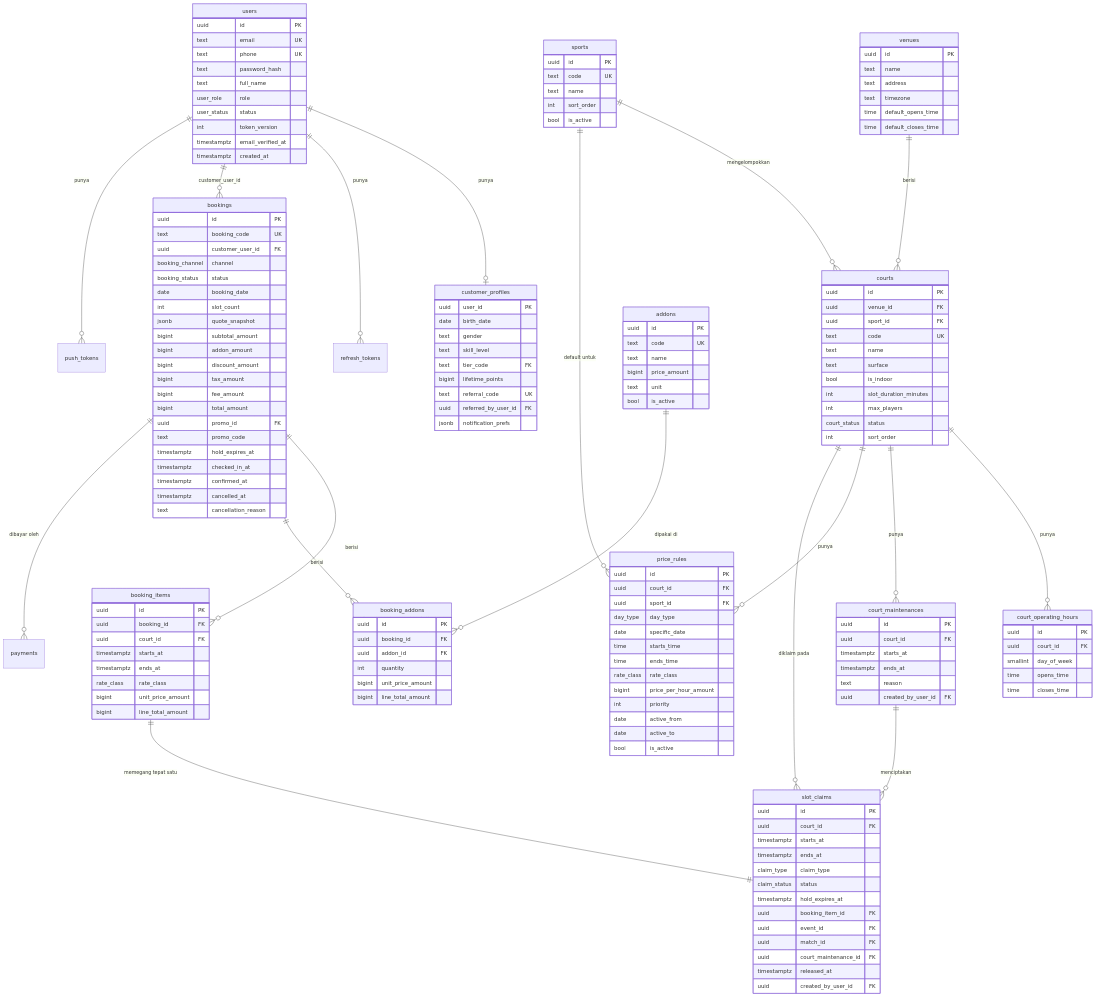
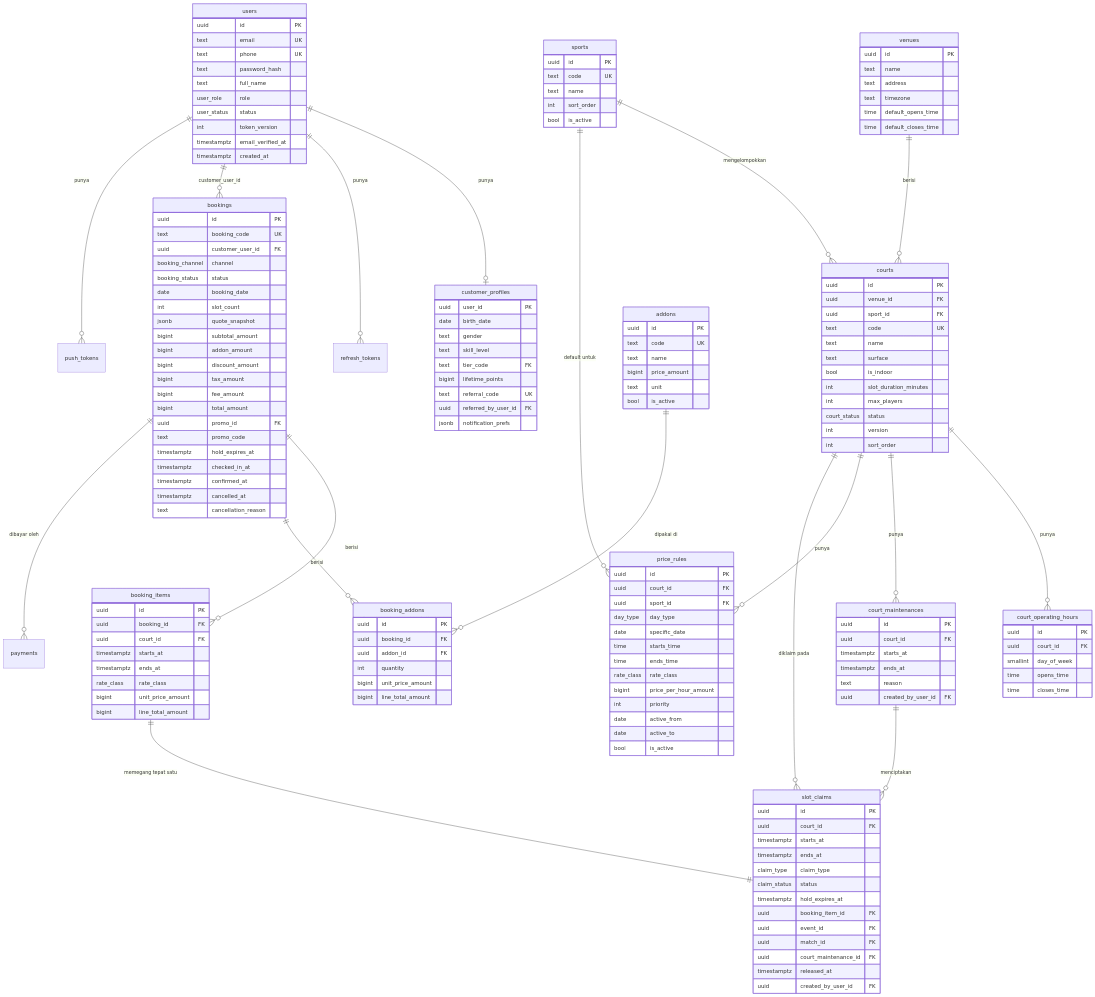
One commit to gagangborneo/hola-platform changed the second of 8 diagrams in docs/03-DATA-MODEL.md. Above: the diagram before and after it, drawn with Mermaid. The commit also changed other lines of this file and 4 other files, not shown here.

```diff
--- a/docs/03-DATA-MODEL.md
+++ b/docs/03-DATA-MODEL.md
@@ -296,6 +296,7 @@
         int slot_duration_minutes
         int max_players
         court_status status
+        int version
         int sort_order
     }
     court_operating_hours {
```
